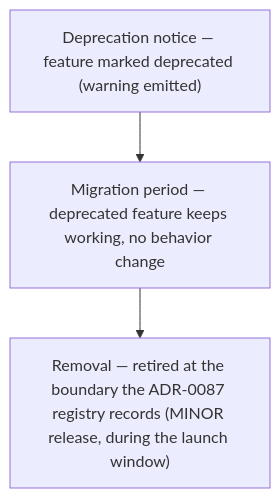
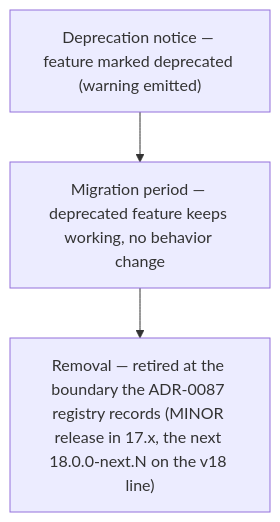
Before and after one commit to Nitjsefnie-OSC/objectstack: the diagram in content/docs/protocol/backward-compatibility.mdx, drawn with Mermaid. The commit also changed other lines of this file, not shown here.

First line of the commit message:
docs(protocol): the backward-compatibility page states the 17.x launch-window rule and the v18 prerelease regime (#22988)

````diff
--- a/content/docs/protocol/backward-compatibility.mdx
+++ b/content/docs/protocol/backward-compatibility.mdx
@@ -77,5 +79,5 @@
 ```mermaid
 flowchart TD
     A["Deprecation notice — feature marked deprecated (warning emitted)"] --> B["Migration period — deprecated feature keeps working, no behavior change"]
-    B --> C["Removal — retired at the boundary the ADR-0087 registry records (MINOR release, during the launch window)"]
+    B --> C["Removal — retired at the boundary the ADR-0087 registry records (MINOR release in 17.x, the next 18.0.0-next.N on the v18 line)"]
 ```
````
